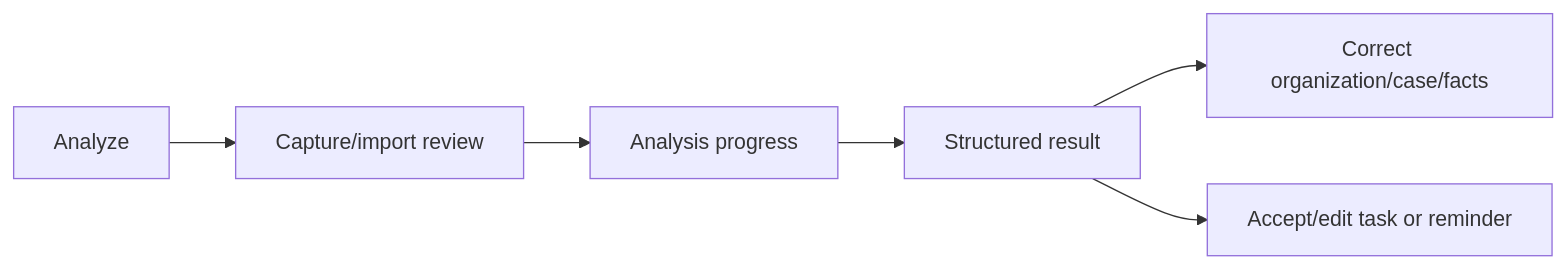
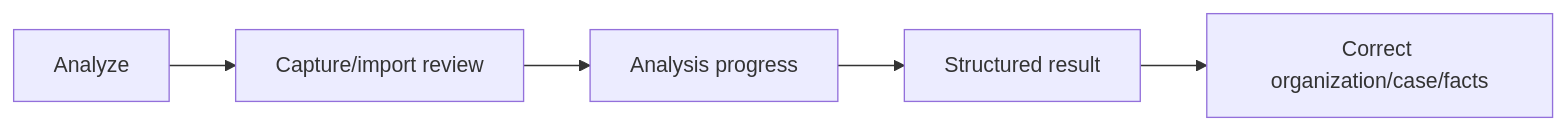
The diagram in docs/ui-ux/NAVIGATION.md (habeero/doxary), drawn with Mermaid before and after one commit. The commit also changed other lines of this file and 4 other files, not shown here.

````diff
--- a/docs/ui-ux/NAVIGATION.md
+++ b/docs/ui-ux/NAVIGATION.md
@@ -19,8 +21,7 @@
 ```mermaid
 flowchart LR
  Analyze[Analyze] --> Review[Capture/import review]
  Review --> Processing[Analysis progress]
  Processing --> Result[Structured result]
  Result --> Correct[Correct organization/case/facts]
- Result --> Task[Accept/edit task or reminder]
 ```
````
